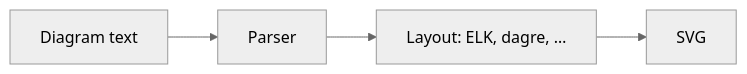
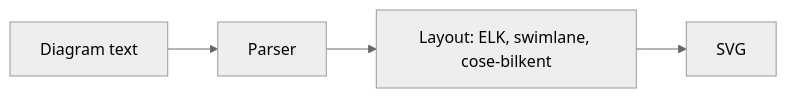
The diagram in README.md (sebastian-software/ferrigura), drawn with Mermaid (neutral theme) before and after one commit. The commit also changed 55 other files, not shown here.

First line of the commit message:
feat(fork)!: remove the dagre layout

````diff
--- a/README.md
+++ b/README.md
@@ -9,4 +9,4 @@
 ```mermaid
 flowchart LR
-  text[Diagram text] --> parse[Parser] --> layout[Layout: ELK, dagre, …] --> svg[SVG]
+  text[Diagram text] --> parse[Parser] --> layout[Layout: ELK, swimlane, cose-bilkent] --> svg[SVG]
 ```
````
